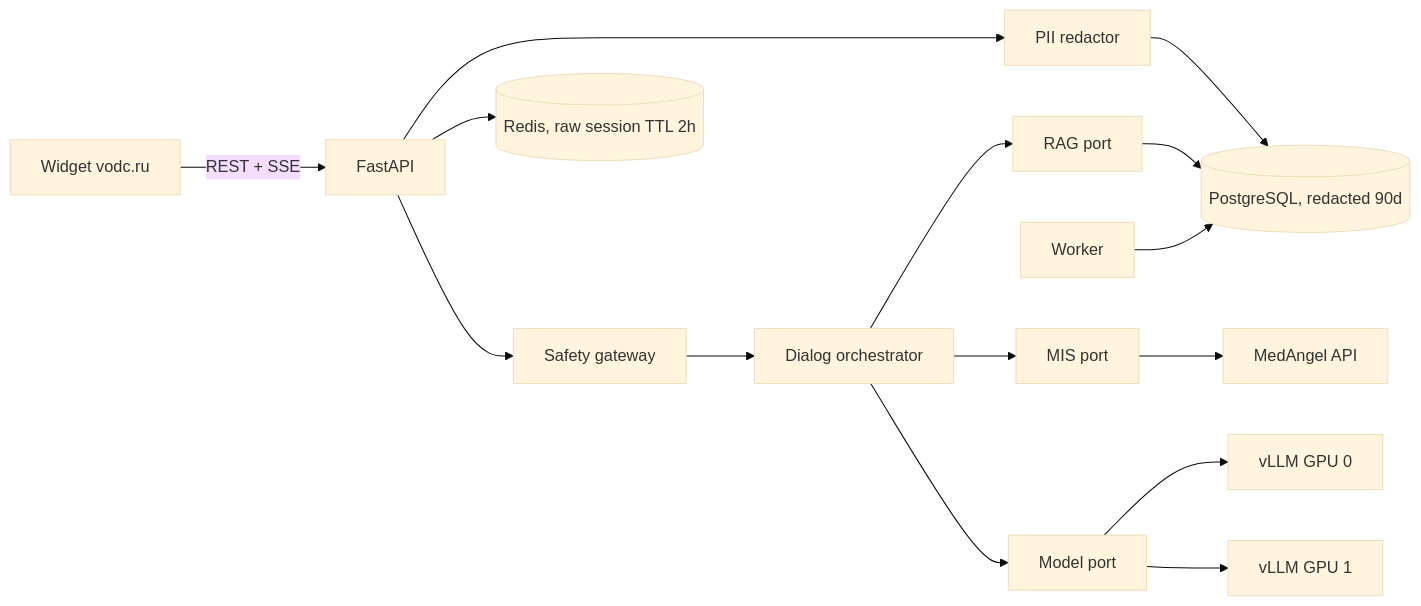
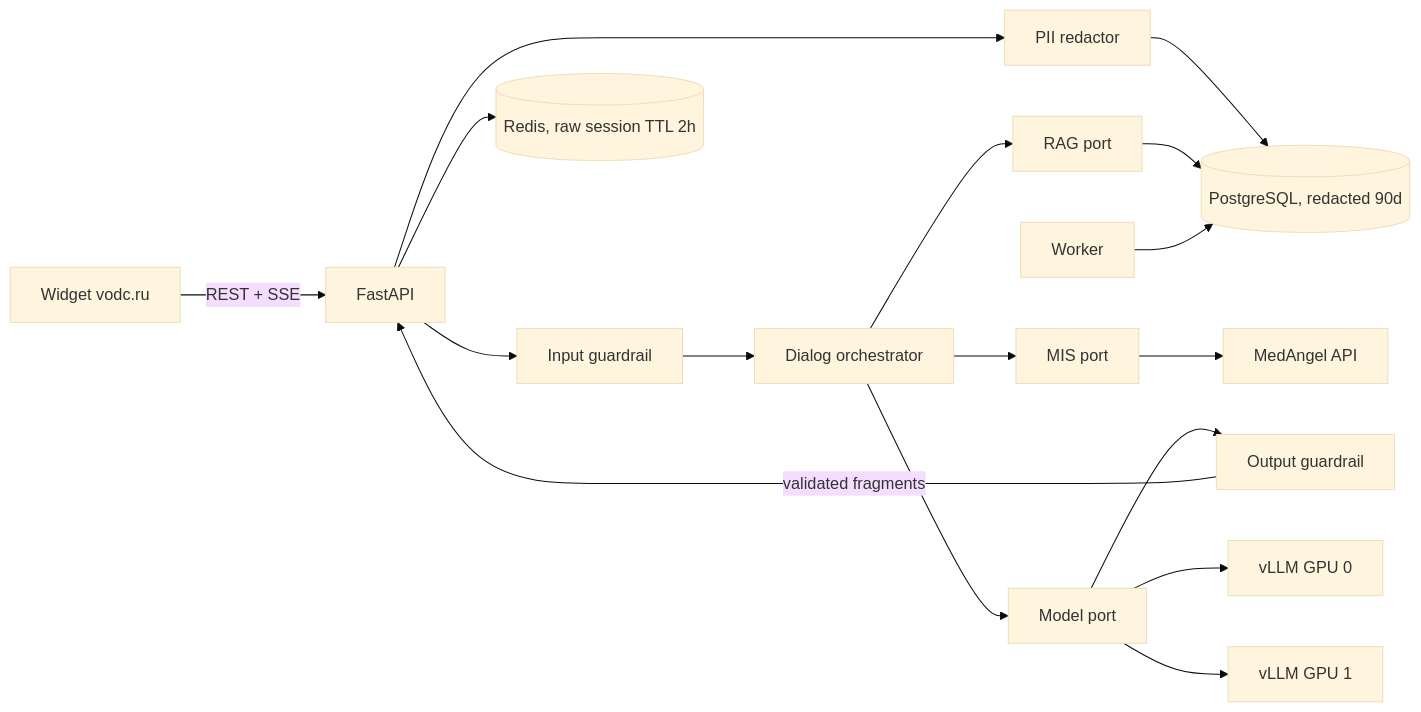
One commit to FreejackRus/AIChatBotVodc changed the diagram in docs/ARCHITECTURE.md. Above: the diagram before and after it, drawn with Mermaid (base theme). The commit also changed other lines of this file and 26 other files, not shown here.

````diff
--- a/docs/ARCHITECTURE.md
+++ b/docs/ARCHITECTURE.md
@@ -6,17 +6,19 @@
 ```mermaid
 flowchart LR
     W[Widget vodc.ru] -->|REST + SSE| A[FastAPI]
-    A --> S[Safety gateway]
+    A --> S[Input guardrail]
     S --> O[Dialog orchestrator]
     O --> K[RAG port]
     O --> M[MIS port]
     O --> L[Model port]
+    L --> G[Output guardrail]
+    G -->|validated fragments| A
     A --> R[(Redis, raw session TTL 2h)]
     A --> D[PII redactor]
     D --> P[(PostgreSQL, redacted 90d)]
     K --> P
     M --> MA[MedAngel API]
     L --> V1[vLLM GPU 0]
     L --> V2[vLLM GPU 1]
     B[Worker] --> P
 ```
````
